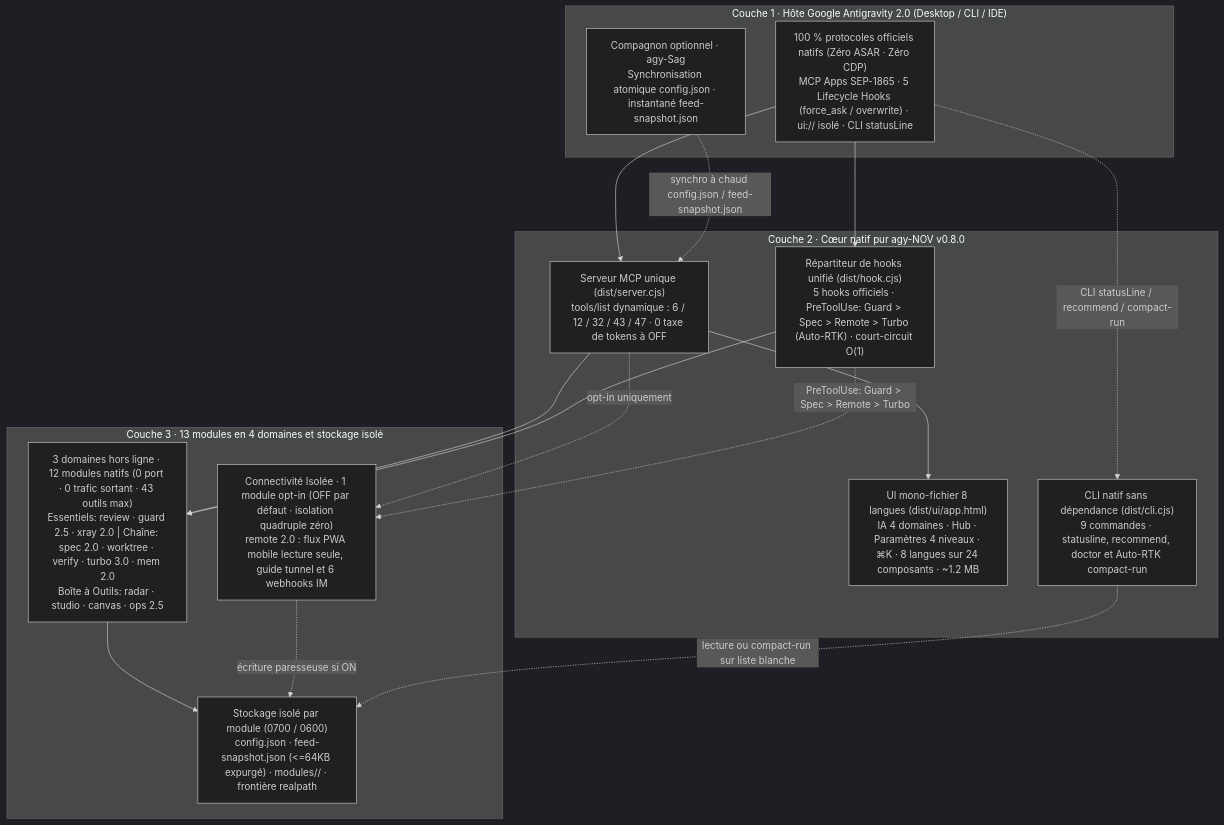
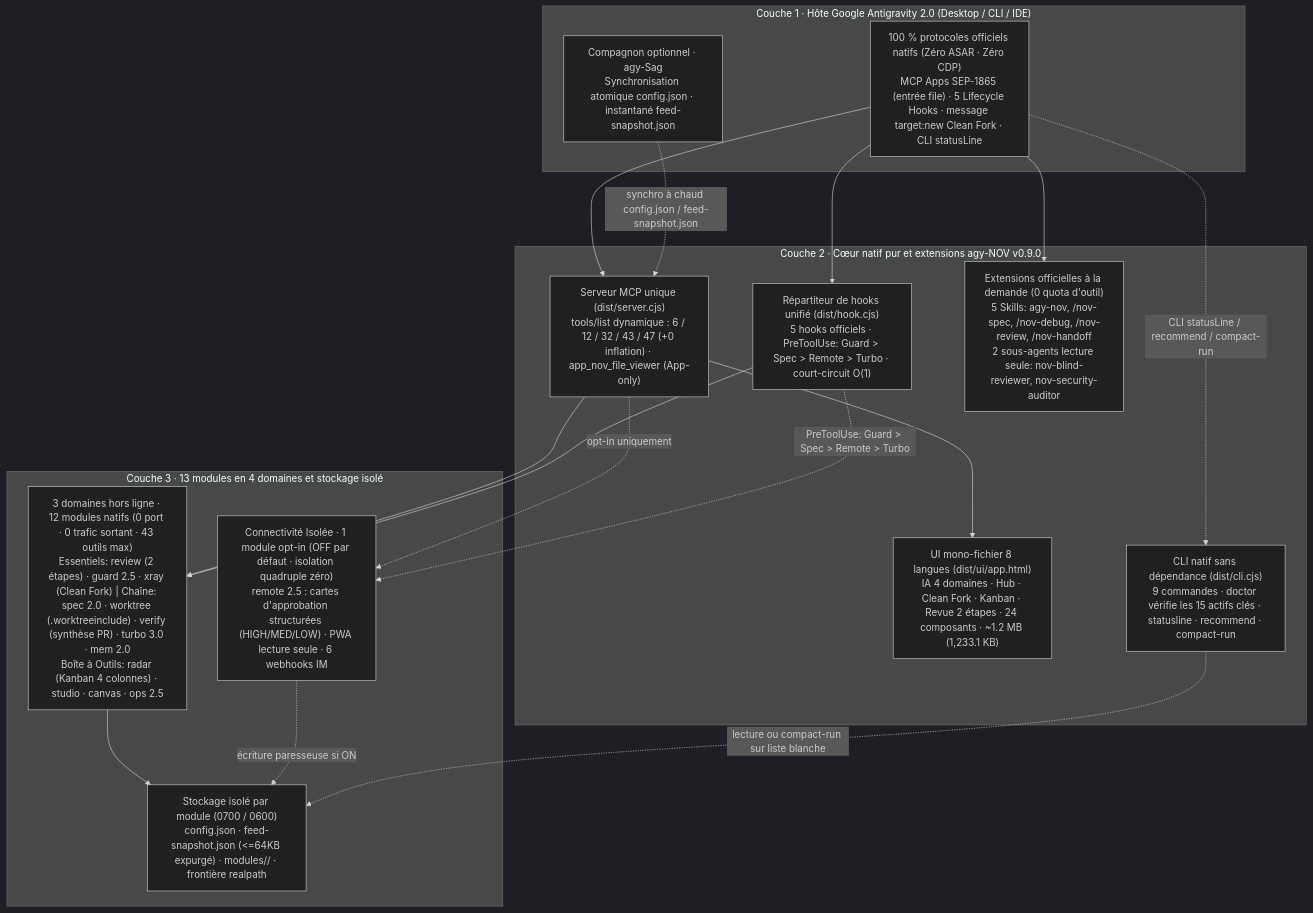
One commit to tone-leh/agy-NOV changed the diagram in docs/i18n/README.fr.md. Above: the diagram before and after it, drawn with Mermaid (dark theme). The commit also changed other lines of this file and 72 other files, not shown here.

Commit message:
release: v0.9.0 — E2E pipeline chain, One-Click Clean Fork, 4 slash playbooks, 2 read-only subagents, native file viewer & Remote 2.5 risk cards

````diff
--- a/docs/i18n/README.fr.md
+++ b/docs/i18n/README.fr.md
@@ -217,33 +233,35 @@
 ```mermaid
 flowchart TB
   subgraph L1["Couche 1 · Hôte Google Antigravity 2.0 (Desktop / CLI / IDE)"]
-    Host["100 % protocoles officiels natifs (Zéro ASAR · Zéro CDP)\nMCP Apps SEP-1865 · 5 Lifecycle Hooks (force_ask / overwrite) · ui:// isolé · CLI statusLine"]
+    Host["100 % protocoles officiels natifs (Zéro ASAR · Zéro CDP)\nMCP Apps SEP-1865 (entrée file) · 5 Lifecycle Hooks · message target:new Clean Fork · CLI statusLine"]
     Sag["Compagnon optionnel · agy-Sag\nSynchronisation atomique config.json · instantané feed-snapshot.json"]
   end
 
-  subgraph L2["Couche 2 · Cœur natif pur agy-NOV v0.8.0"]
-    MCP["Serveur MCP unique (dist/server.cjs)\ntools/list dynamique : 6 / 12 / 32 / 43 / 47 · 0 taxe de tokens à OFF"]
-    Hook["Répartiteur de hooks unifié (dist/hook.cjs)\n5 hooks officiels · PreToolUse: Guard > Spec > Remote > Turbo (Auto-RTK) · court-circuit O(1)"]
-    UI["UI mono-fichier 8 langues (dist/ui/app.html)\nIA 4 domaines · Hub · Paramètres 4 niveaux · ⌘K · 8 langues sur 24 composants · ~1.2 MB"]
-    CLI["CLI natif sans dépendance (dist/cli.cjs)\n9 commandes · statusline, recommend, doctor et Auto-RTK compact-run"]
+  subgraph L2["Couche 2 · Cœur natif pur et extensions agy-NOV v0.9.0"]
+    MCP["Serveur MCP unique (dist/server.cjs)\ntools/list dynamique : 6 / 12 / 32 / 43 / 47 (+0 inflation) · app_nov_file_viewer (App-only)"]
+    Hook["Répartiteur de hooks unifié (dist/hook.cjs)\n5 hooks officiels · PreToolUse: Guard > Spec > Remote > Turbo · court-circuit O(1)"]
+    UI["UI mono-fichier 8 langues (dist/ui/app.html)\nIA 4 domaines · Hub · Clean Fork · Kanban · Revue 2 étapes · 24 composants · ~1.2 MB (1,233.1 KB)"]
+    Ext["Extensions officielles à la demande (0 quota d'outil)\n5 Skills: agy-nov, /nov-spec, /nov-debug, /nov-review, /nov-handoff\n2 sous-agents lecture seule: nov-blind-reviewer, nov-security-auditor"]
+    CLI["CLI natif sans dépendance (dist/cli.cjs)\n9 commandes · doctor vérifie les 15 actifs clés · statusline · recommend · compact-run"]
   end
 
   subgraph L3["Couche 3 · 13 modules en 4 domaines et stockage isolé"]
-    T1["3 domaines hors ligne · 12 modules natifs (0 port · 0 trafic sortant · 43 outils max)\nEssentiels: review · guard 2.5 · xray 2.0 | Chaîne: spec 2.0 · worktree · verify · turbo 3.0 · mem 2.0\nBoîte à Outils: radar · studio · canvas · ops 2.5"]
-    T2R["Connectivité Isolée · 1 module opt-in (OFF par défaut · isolation quadruple zéro)\nremote 2.0 : flux PWA mobile lecture seule, guide tunnel et 6 webhooks IM"]
+    T1["3 domaines hors ligne · 12 modules natifs (0 port · 0 trafic sortant · 43 outils max)\nEssentiels: review (2 étapes) · guard 2.5 · xray (Clean Fork) | Chaîne: spec 2.0 · worktree (.worktreeinclude) · verify (synthèse PR) · turbo 3.0 · mem 2.0\nBoîte à Outils: radar (Kanban 4 colonnes) · studio · canvas · ops 2.5"]
+    T2R["Connectivité Isolée · 1 module opt-in (OFF par défaut · isolation quadruple zéro)\nremote 2.5 : cartes d'approbation structurées (HIGH/MED/LOW) · PWA lecture seule · 6 webhooks IM"]
     Store["Stockage isolé par module (0700 / 0600)\nconfig.json · feed-snapshot.json (<=64KB expurgé) · modules/<id>/ · frontière realpath"]
   end
 
   Host --> MCP
   Host --> Hook
+  Host --> Ext
   Host -. "CLI statusLine / recommend / compact-run" .-> CLI
   Sag -. "synchro à chaud config.json / feed-snapshot.json" .-> MCP
   MCP --> UI
   MCP --> T1
   MCP -. "opt-in uniquement" .-> T2R
   Hook --> T1
   Hook -. "PreToolUse: Guard > Spec > Remote > Turbo" .-> T2R
   T1 --> Store
   T2R -. "écriture paresseuse si ON" .-> Store
   CLI -. "lecture ou compact-run sur liste blanche" .-> Store
 ```
````
